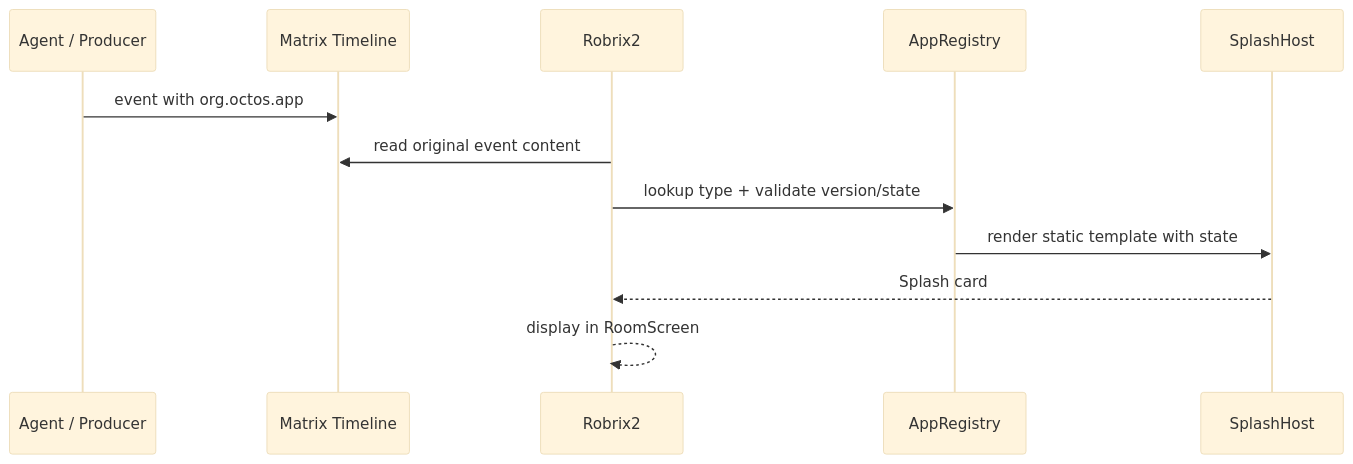
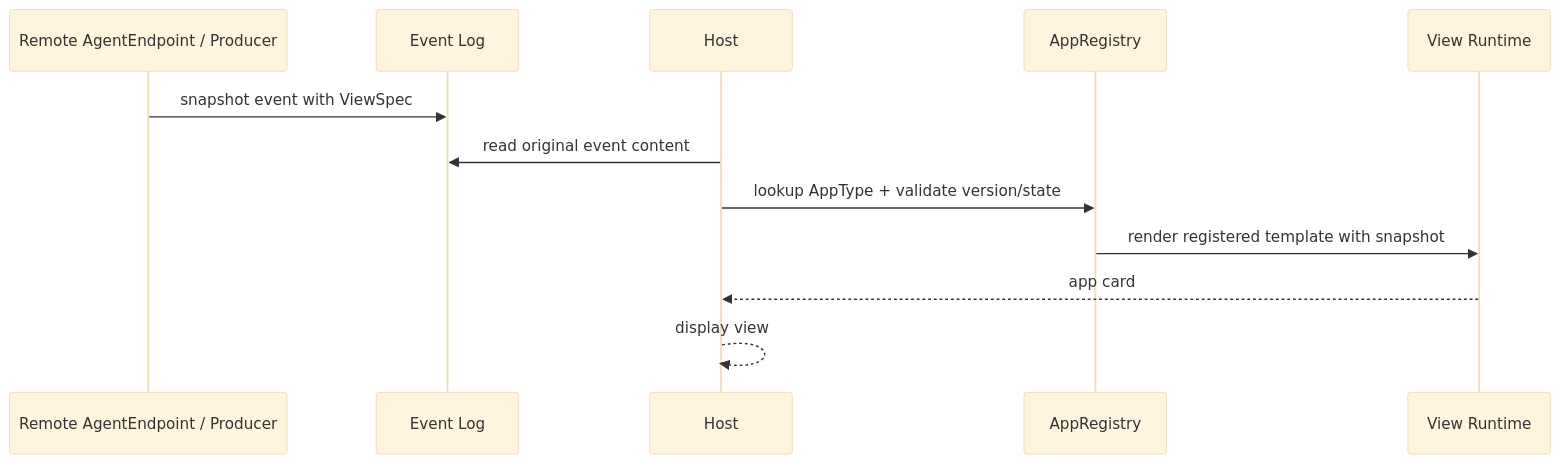
One commit to ZhangHanDong/makepad changed the second of 2 diagrams in examples/aichat/specs/agent2app-book-en/src/03-runtime-modes.md. Above: the diagram before and after it, drawn with Mermaid (base theme). The commit also changed other lines of this file and 37 other files, not shown here.

Commit message:
Document agent2app aichat rollout

````diff
--- a/examples/aichat/specs/agent2app-book-en/src/03-runtime-modes.md
+++ b/examples/aichat/specs/agent2app-book-en/src/03-runtime-modes.md
@@ -39,15 +51,15 @@
 ```mermaid
 sequenceDiagram
-    participant A as Agent / Producer
-    participant MX as Matrix Timeline
-    participant R as Robrix2
-    participant AR as AppRegistry
-    participant SH as SplashHost
+    participant A as Remote AgentEndpoint / Producer
+    participant E as Event Log
+    participant H as Host
+    participant R as AppRegistry
+    participant V as View Runtime
 
-    A->>MX: event with org.octos.app
-    R->>MX: read original event content
-    R->>AR: lookup type + validate version/state
-    AR->>SH: render static template with state
-    SH-->>R: Splash card
-    R-->>R: display in RoomScreen
+    A->>E: snapshot event with ViewSpec
+    H->>E: read original event content
+    H->>R: lookup AppType + validate version/state
+    R->>V: render registered template with snapshot
+    V-->>H: app card
+    H-->>H: display view
 ```
````
